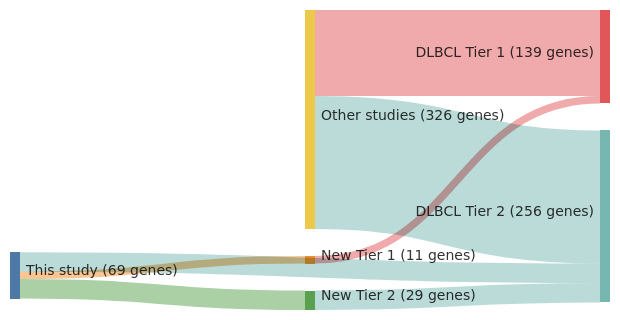
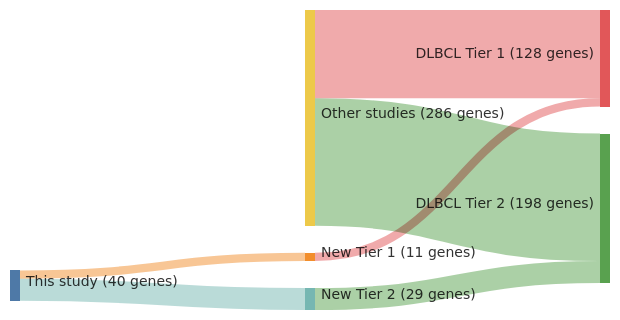
The diagram in papers/morinMutationalStructuralAnalysis2013.md (morinlab/lymphopedia), drawn with Mermaid before and after one commit. The commit also changed 81 other files, not shown here.

````diff
--- a/papers/morinMutationalStructuralAnalysis2013.md
+++ b/papers/morinMutationalStructuralAnalysis2013.md
@@ -12,21 +12,20 @@
 ```mermaid
 ---
 config:
     sankey:
         showValues: true
         linkColor: target
         width: 600
         height: 300
         nodeAlignment: right
         prefix: '('
         suffix: ' genes)'
 ---
 sankey-beta
 This study, New Tier 1, 11
 New Tier 1, DLBCL Tier 1, 11
-This study, DLBCL Tier 2, 29
 This study, New Tier 2, 29
 New Tier 2, DLBCL Tier 2, 29
-Other studies, DLBCL Tier 1, 128
-Other studies, DLBCL Tier 2, 198
+Other studies, DLBCL Tier 1, 117
+Other studies, DLBCL Tier 2, 169
 ```
````
